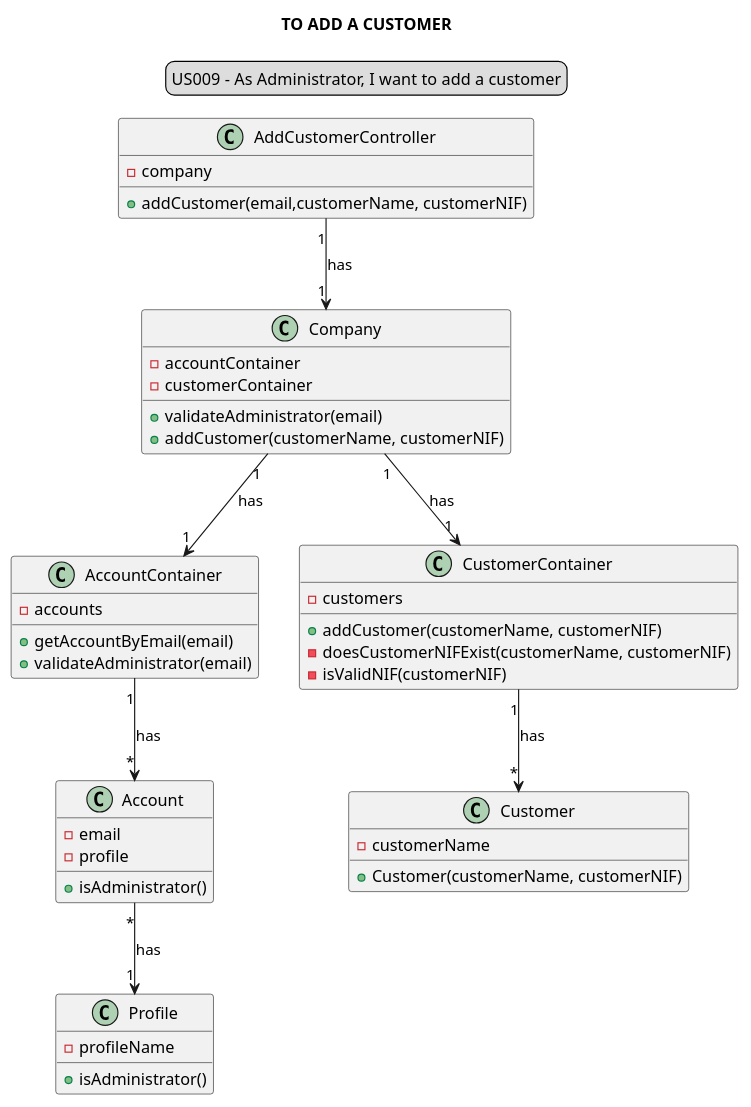
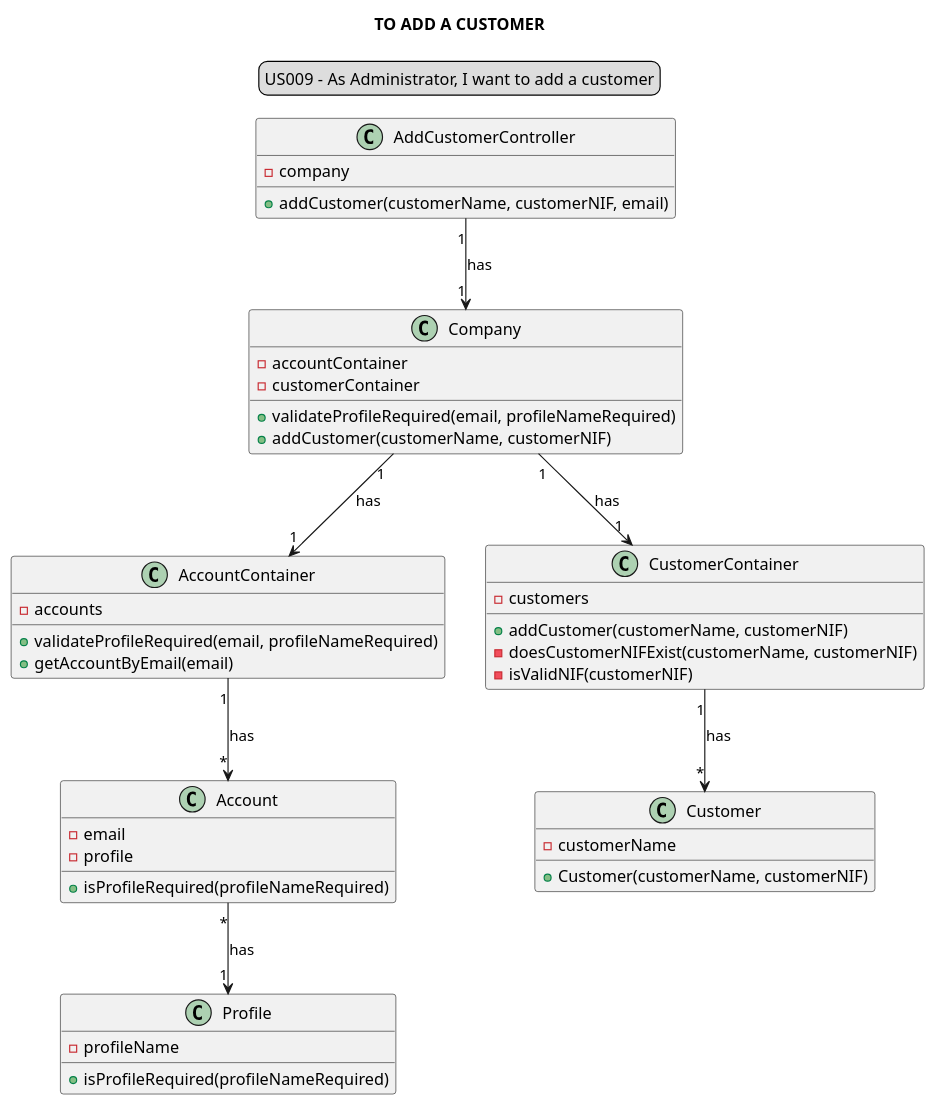
Before and after one commit to Loracline/project_switch_22-23: the diagram in docs/modelling_design/user_stories/sprint02/us009/US009_classDiagram.puml, drawn with PlantUML. The commit also changed 25 other files, not shown here.

Commit message:
US001,002,003,004,005,006,007,008,009,011_012_013, 014, 015, 016: Design : refinement of class Diagram

```diff
--- a/docs/modelling_design/user_stories/sprint02/us009/US009_classDiagram.puml
+++ b/docs/modelling_design/user_stories/sprint02/us009/US009_classDiagram.puml
@@ -1,49 +1,55 @@
 @startuml
 skinparam sequenceMessageAlign center
 title TO ADD A CUSTOMER
 legend top
 US009 - As Administrator, I want to add a customer
 end legend
+
 class "AddCustomerController" {
 -company
-+addCustomer(email,customerName, customerNIF)
++addCustomer(customerName, customerNIF, email)
 }
+
 class "Company"{
 -accountContainer
 -customerContainer
-+validateAdministrator(email)
++validateProfileRequired(email, profileNameRequired)
 +addCustomer(customerName, customerNIF)
 }
+
 class "AccountContainer"{
 -accounts
++validateProfileRequired(email, profileNameRequired)
 +getAccountByEmail(email)
-+validateAdministrator(email)
 }
+
 class "Account"{
 -email
 - profile
-+isAdministrator()
++isProfileRequired(profileNameRequired)
 }
 
 class Profile{
 -profileName
-+isAdministrator()
++isProfileRequired(profileNameRequired)
 }
 
 class "CustomerContainer"{
 -customers
 +addCustomer(customerName, customerNIF)
 -doesCustomerNIFExist(customerName, customerNIF)
 - isValidNIF(customerNIF)
 }
+
 class "Customer"{
 -customerName
 +Customer(customerName, customerNIF)
 }
+
 "AddCustomerController" "1"-->"1" "Company" : has
 "Company" "1"-->"1" "CustomerContainer": has
 "Company" "1"-->"1" "AccountContainer": has
 "CustomerContainer" "1"-->"*" "Customer": has
 "AccountContainer" "1" --> "*" "Account": has
 "Account" "*"-->"1" "Profile" : has
 @enduml
```
